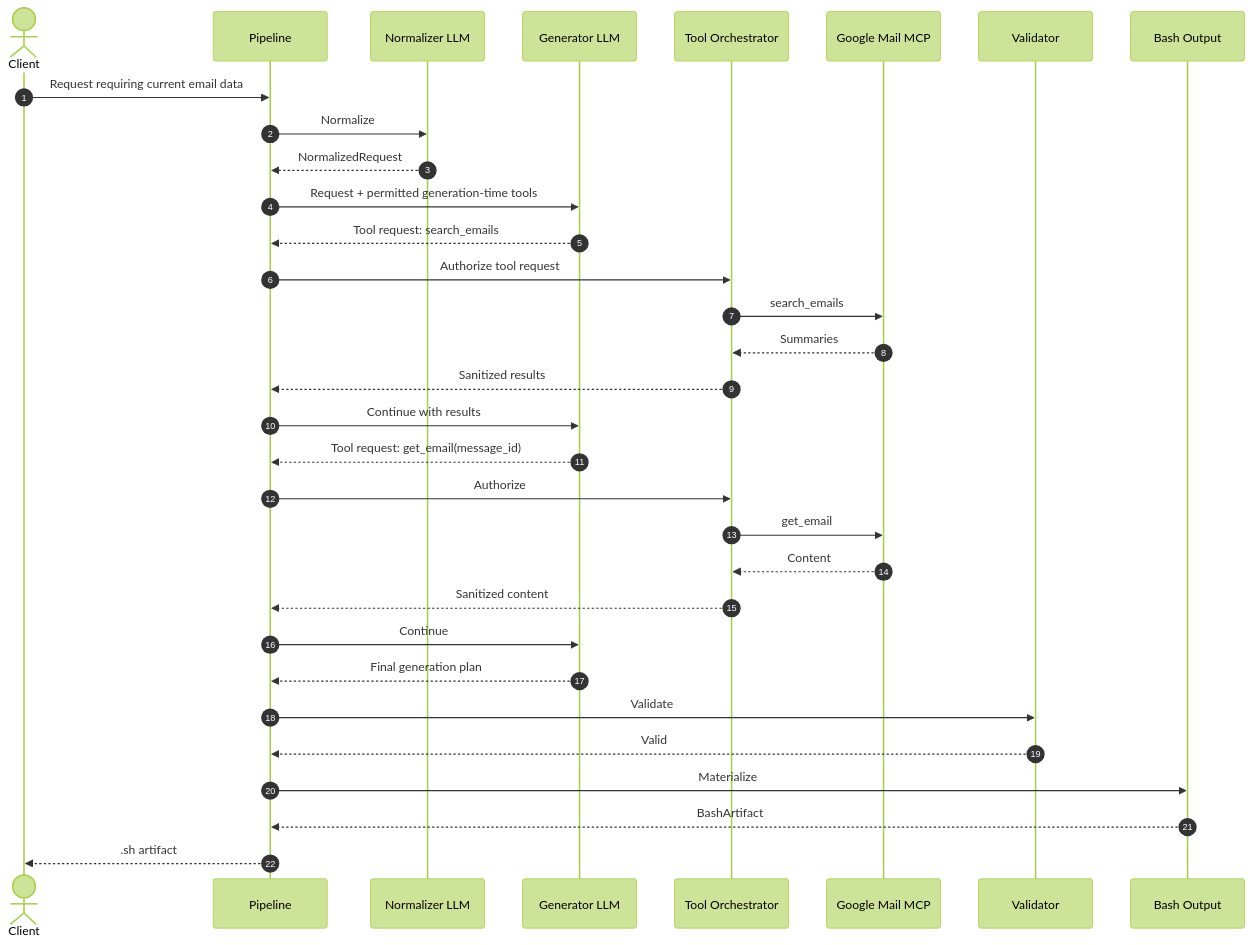
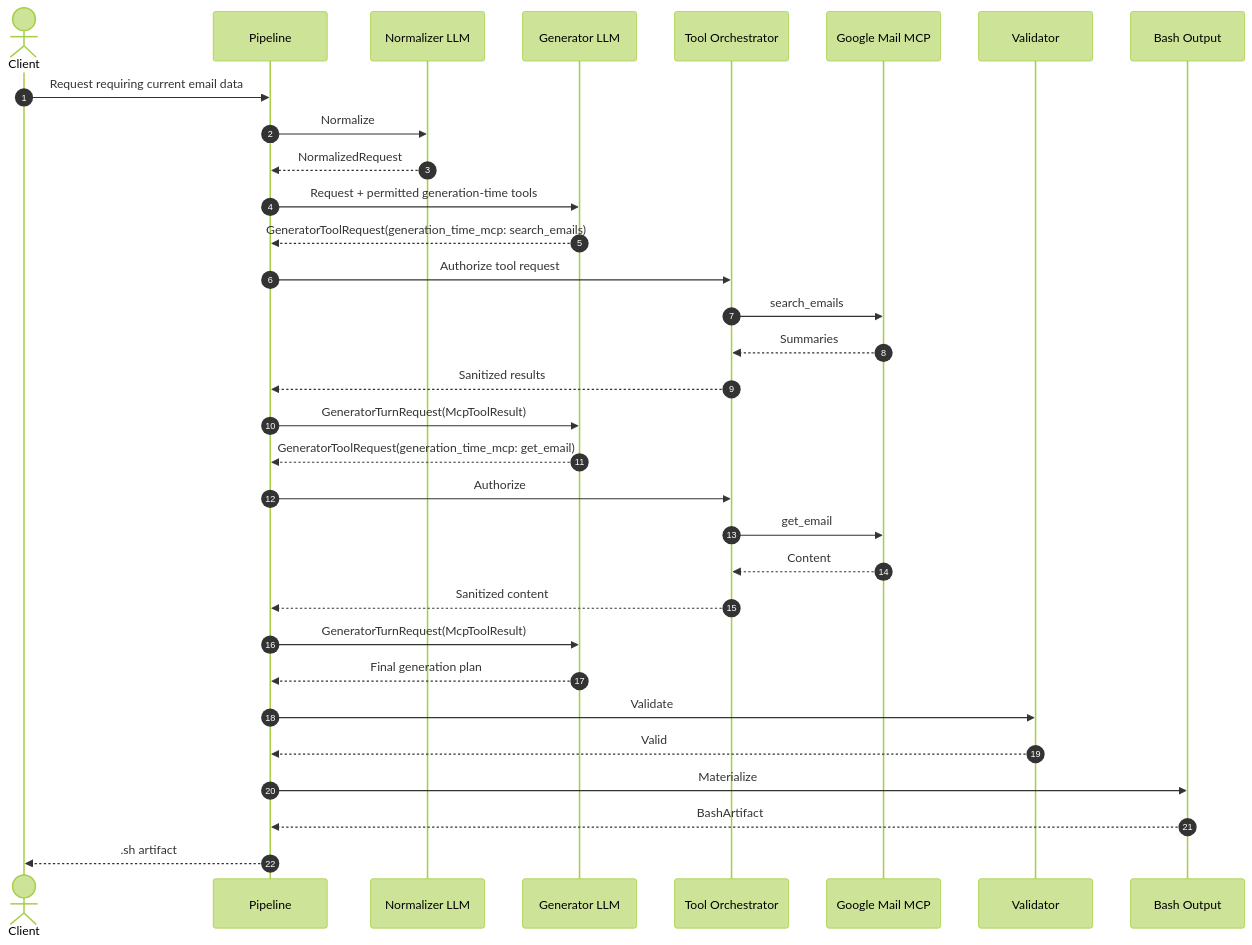
Before and after one commit to ahhvahh/ai-bash-generator: the seventh of 9 diagrams in docs/pipeline/SEQUENCE_DIAGRAMS.md, drawn with Mermaid (forest theme). The commit also changed other lines of this file, not shown here.

Commit message:
docs: align sequence diagrams with formal generator tool loop

````diff
--- a/docs/pipeline/SEQUENCE_DIAGRAMS.md
+++ b/docs/pipeline/SEQUENCE_DIAGRAMS.md
@@ -277,39 +277,39 @@
 ```mermaid
 sequenceDiagram
     autonumber
     actor Client
     participant P as Pipeline
     participant N as Normalizer LLM
     participant G as Generator LLM
     participant T as Tool Orchestrator
     participant Mail as Google Mail MCP
     participant V as Validator
     participant O as Bash Output
 
     Client->>P: Request requiring current email data
     P->>N: Normalize
     N-->>P: NormalizedRequest
 
     P->>G: Request + permitted generation-time tools
-    G-->>P: Tool request: search_emails
+    G-->>P: GeneratorToolRequest(generation_time_mcp: search_emails)
 
     P->>T: Authorize tool request
     T->>Mail: search_emails
     Mail-->>T: Summaries
     T-->>P: Sanitized results
-    P->>G: Continue with results
+    P->>G: GeneratorTurnRequest(McpToolResult)
 
-    G-->>P: Tool request: get_email(message_id)
+    G-->>P: GeneratorToolRequest(generation_time_mcp: get_email)
     P->>T: Authorize
     T->>Mail: get_email
     Mail-->>T: Content
     T-->>P: Sanitized content
-    P->>G: Continue
+    P->>G: GeneratorTurnRequest(McpToolResult)
 
     G-->>P: Final generation plan
     P->>V: Validate
     V-->>P: Valid
     P->>O: Materialize
     O-->>P: BashArtifact
     P-->>Client: .sh artifact
 ```
````
